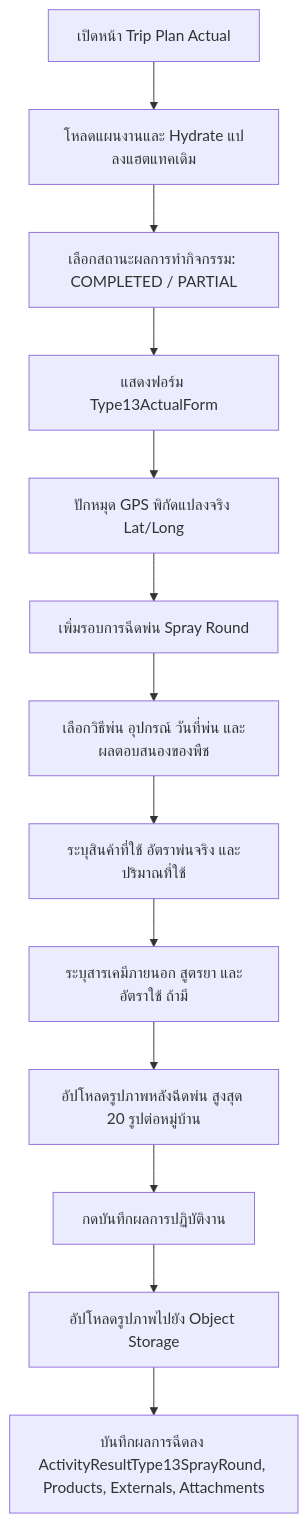
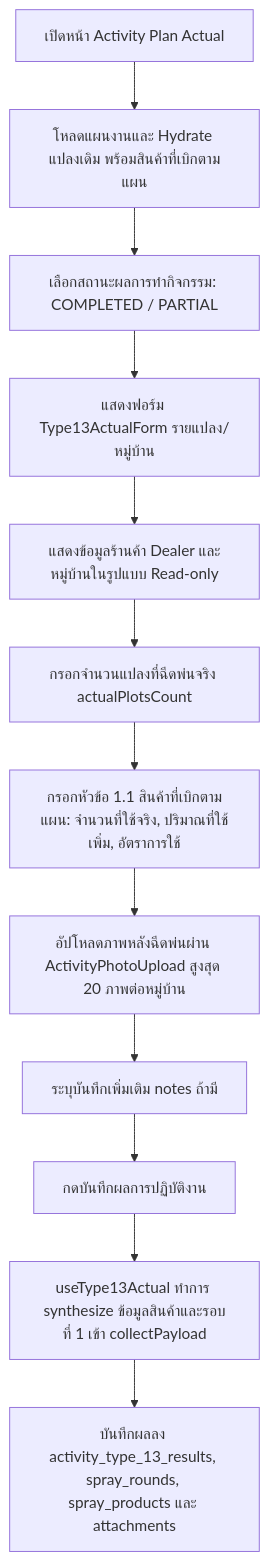
Before and after one commit to bankhk10/crm-bank: the second of 3 diagrams in modules/activity/features/type-13/README.md, drawn with Mermaid. The commit also changed other lines of this file and 4 other files, not shown here.

````diff
--- a/modules/activity/features/type-13/README.md
+++ b/modules/activity/features/type-13/README.md
@@ -70,15 +77,14 @@
 ```mermaid
 graph TD
-    A[เปิดหน้า Trip Plan Actual] --> B[โหลดแผนงานและ Hydrate แปลงแฮตแทคเดิม]
+    A[เปิดหน้า Activity Plan Actual] --> B[โหลดแผนงานและ Hydrate แปลงเดิม พร้อมสินค้าที่เบิกตามแผน]
     B --> C[เลือกสถานะผลการทำกิจกรรม: COMPLETED / PARTIAL]
-    C --> D[แสดงฟอร์ม Type13ActualForm]
-    D --> E[ปักหมุด GPS พิกัดแปลงจริง Lat/Long]
-    E --> F[เพิ่มรอบการฉีดพ่น Spray Round]
-    F --> G[เลือกวิธีพ่น อุปกรณ์ วันที่พ่น และผลตอบสนองของพืช]
-    G --> H[ระบุสินค้าที่ใช้ อัตราพ่นจริง และปริมาณที่ใช้]
-    H --> I[ระบุสารเคมีภายนอก สูตรยา และอัตราใช้ ถ้ามี]
-    I --> J[อัปโหลดรูปภาพหลังฉีดพ่น สูงสุด 20 รูปต่อหมู่บ้าน]
-    J --> K[กดบันทึกผลการปฏิบัติงาน]
-    K --> L[อัปโหลดรูปภาพไปยัง Object Storage]
-    L --> M[บันทึกผลการฉีดลง ActivityResultType13SprayRound, Products, Externals, Attachments]
+    C --> D[แสดงฟอร์ม Type13ActualForm รายแปลง/หมู่บ้าน]
+    D --> E[แสดงข้อมูลร้านค้า Dealer และหมู่บ้านในรูปแบบ Read-only]
+    E --> F[กรอกจำนวนแปลงที่ฉีดพ่นจริง actualPlotsCount]
+    F --> G[กรอกหัวข้อ 1.1 สินค้าที่เบิกตามแผน: จำนวนที่ใช้จริง, ปริมาณที่ใช้เพิ่ม, อัตราการใช้]
+    G --> H[อัปโหลดภาพหลังฉีดพ่นผ่าน ActivityPhotoUpload สูงสุด 20 ภาพต่อหมู่บ้าน]
+    H --> I[ระบุบันทึกเพิ่มเติม notes ถ้ามี]
+    I --> J[กดบันทึกผลการปฏิบัติงาน]
+    J --> K[useType13Actual ทำการ synthesize ข้อมูลสินค้าและรอบที่ 1 เข้า collectPayload]
+    K --> L[บันทึกผลลง activity_type_13_results, spray_rounds, spray_products และ attachments]
 ```
````
